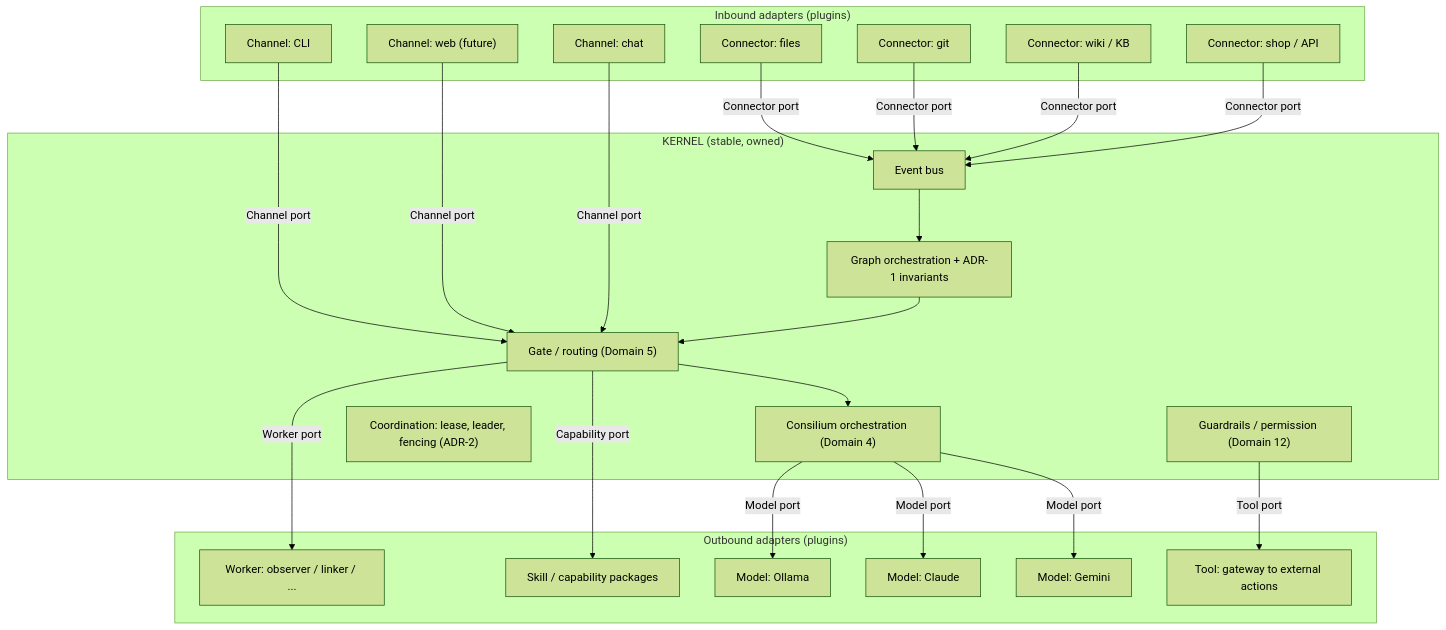
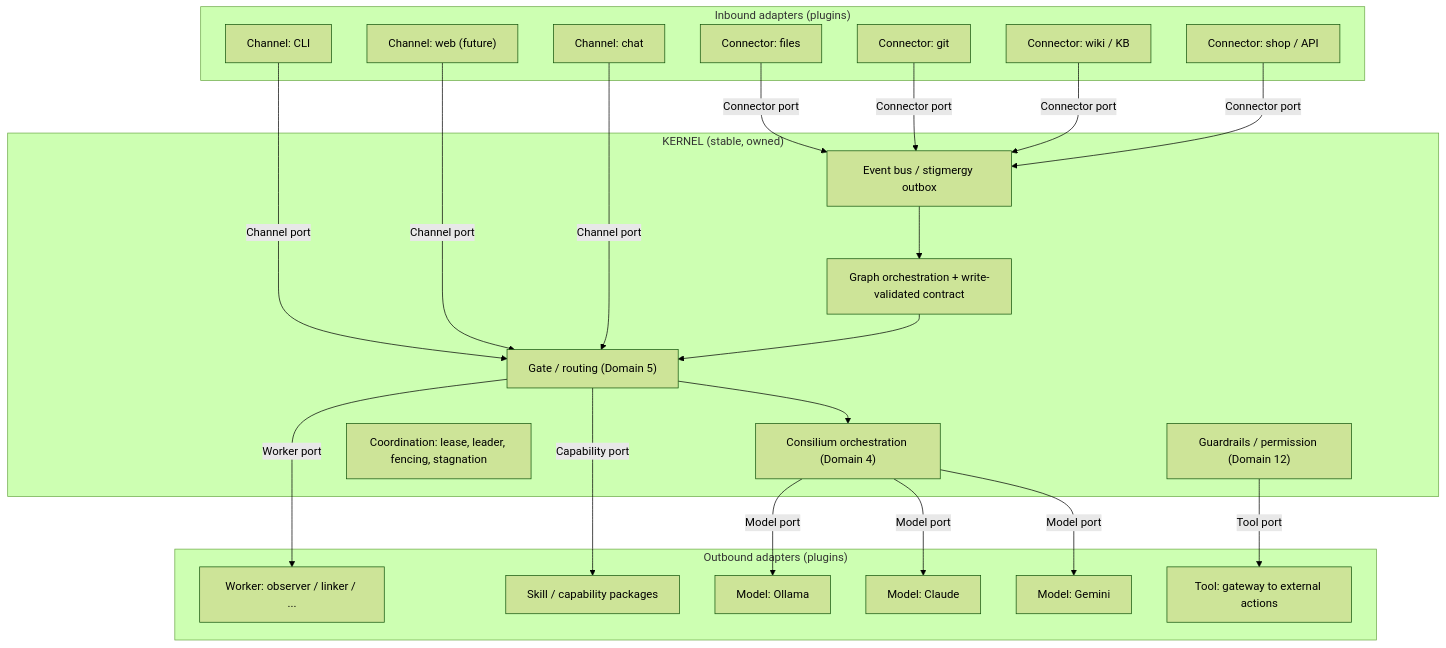
Before and after one commit to wefts/swarm: the second of 8 diagrams in docs/system_architecture.md, drawn with Mermaid (forest theme). The commit also changed other lines of this file and 6 other files, not shown here.

````diff
--- a/docs/system_architecture.md
+++ b/docs/system_architecture.md
@@ -121,38 +145,38 @@
 ```mermaid
 flowchart TB
     subgraph Adapters_in["Inbound adapters (plugins)"]
         C1["Connector: files"]
         C2["Connector: git"]
         C3["Connector: wiki / KB"]
         C4["Connector: shop / API"]
         CH1["Channel: CLI"]
         CH2["Channel: web (future)"]
         CH3["Channel: chat"]
     end
 
     subgraph Kernel["KERNEL (stable, owned)"]
-        BUS["Event bus"]
-        GRAPH["Graph orchestration + ADR-1 invariants"]
+        BUS["Event bus / stigmergy outbox"]
+        GRAPH["Graph orchestration + write-validated contract"]
         GATE["Gate / routing (Domain 5)"]
         CONS["Consilium orchestration (Domain 4)"]
-        COORD["Coordination: lease, leader, fencing (ADR-2)"]
+        COORD["Coordination: lease, leader, fencing, stagnation"]
         GUARD["Guardrails / permission (Domain 12)"]
     end
 
     subgraph Adapters_out["Outbound adapters (plugins)"]
         W1["Worker: observer / linker / ..."]
         SK["Skill / capability packages"]
         M1["Model: Ollama"]
         M2["Model: Claude"]
         M3["Model: Gemini"]
         T1["Tool: gateway to external actions"]
     end
 
     C1 & C2 & C3 & C4 -->|Connector port| BUS
     CH1 & CH2 & CH3 -->|Channel port| GATE
     BUS --> GRAPH --> GATE --> CONS
     GATE -->|Worker port| W1
     CONS -->|Model port| M1 & M2 & M3
     GATE -->|Capability port| SK
     GUARD -->|Tool port| T1
 ```
````
